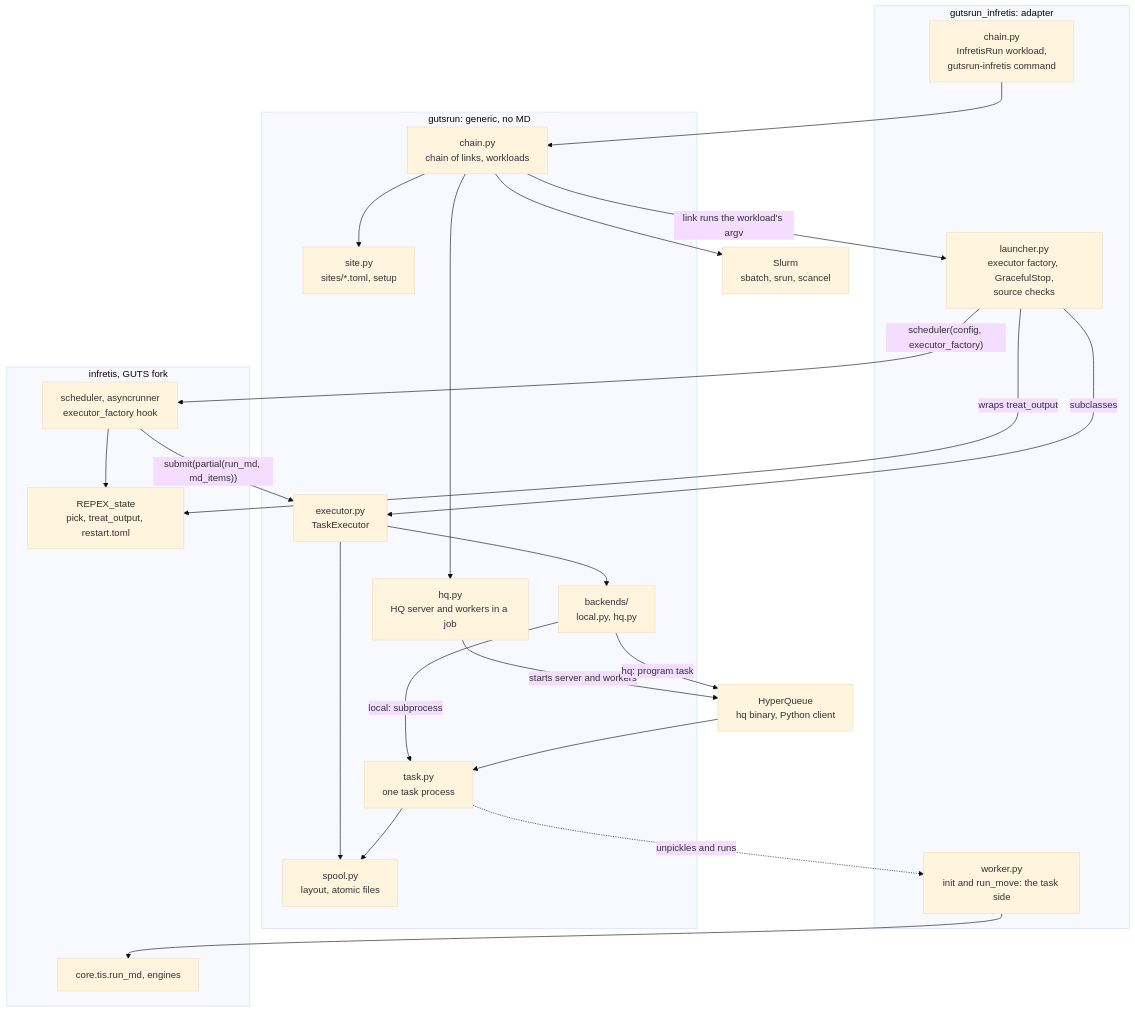
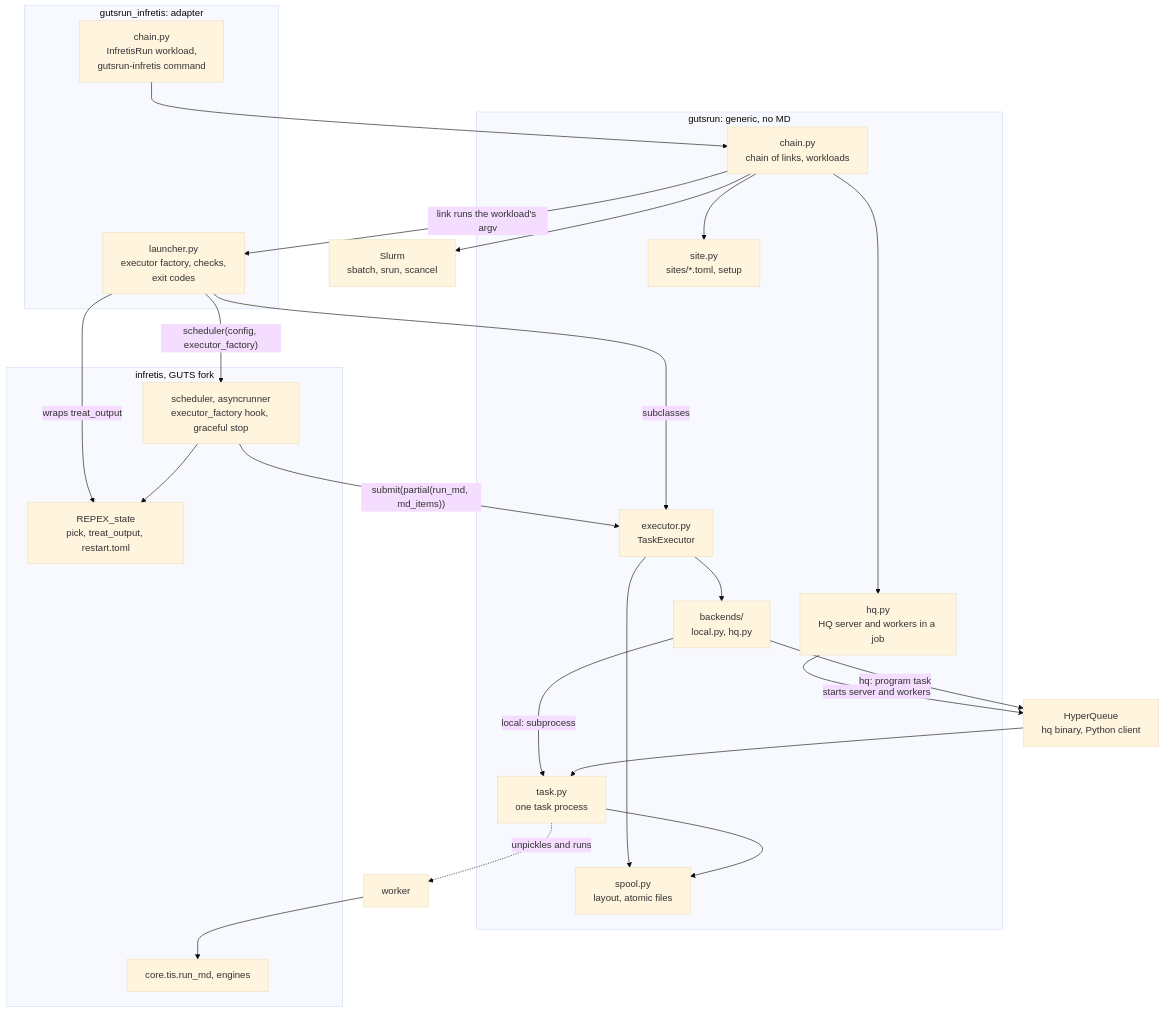
The second of 3 diagrams in DEVELOPMENT.md (GUTSframework/infretis_hyperqueue), drawn with Mermaid (base theme) before and after one commit. The commit also changed other lines of this file and 7 other files, not shown here.

````diff
--- a/DEVELOPMENT.md
+++ b/DEVELOPMENT.md
@@ -78,44 +78,43 @@
 ```mermaid
 flowchart TB
     subgraph adapter["gutsrun_infretis: adapter"]
         ichain["chain.py<br/>InfretisRun workload,<br/>gutsrun-infretis command"]
-        launcher["launcher.py<br/>executor factory, GracefulStop,<br/>source checks"]
-        worker["worker.py<br/>init and run_move: the task side"]
+        launcher["launcher.py<br/>executor factory, checks,<br/>exit codes"]
     end
     subgraph generic["gutsrun: generic, no MD"]
         gchain["chain.py<br/>chain of links, workloads"]
         ghq["hq.py<br/>HQ server and workers in a job"]
         gsite["site.py<br/>sites/*.toml, setup"]
         executor["executor.py<br/>TaskExecutor"]
         spool["spool.py<br/>layout, atomic files"]
         task["task.py<br/>one task process"]
         backends["backends/<br/>local.py, hq.py"]
     end
     subgraph infretis["infretis, GUTS fork"]
-        sched["scheduler, asyncrunner<br/>executor_factory hook"]
+        sched["scheduler, asyncrunner<br/>executor_factory hook, graceful stop"]
         repex["REPEX_state<br/>pick, treat_output, restart.toml"]
         engines["core.tis.run_md, engines"]
     end
     hq["HyperQueue<br/>hq binary, Python client"]
     sl["Slurm<br/>sbatch, srun, scancel"]
 
     ichain --> gchain
     gchain --> gsite
     gchain --> ghq
     gchain --> sl
     ghq -- "starts server and workers" --> hq
     gchain -- "link runs the workload's argv" --> launcher
     launcher -- "scheduler(config, executor_factory)" --> sched
     launcher -- "wraps treat_output" --> repex
     launcher -- "subclasses" --> executor
     sched --> repex
     sched -- "submit(partial(run_md, md_items))" --> executor
     executor --> spool
     executor --> backends
     backends -- "local: subprocess" --> task
     backends -- "hq: program task" --> hq
     hq --> task
     task --> spool
     task -. "unpickles and runs" .-> worker
     worker --> engines
 ```
````
